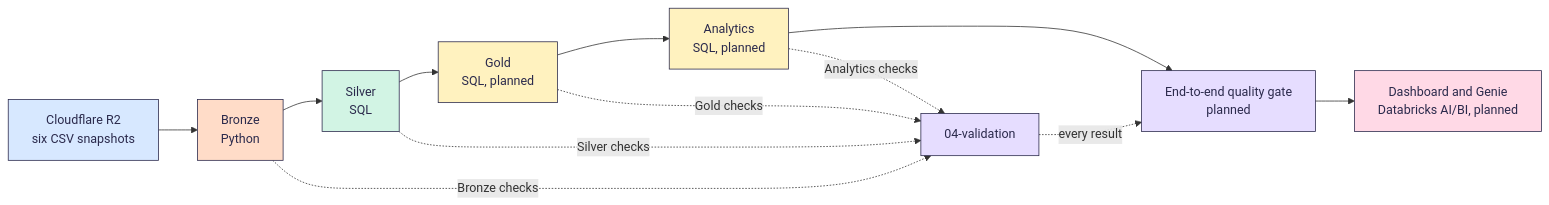
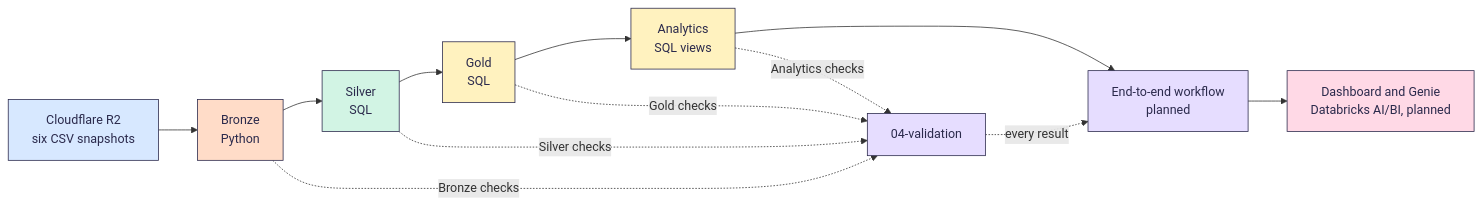
One commit to Buildabida/infra-project-monitoring changed the diagram in README.md. Above: the diagram before and after it, drawn with Mermaid. The commit also changed other lines of this file, not shown here.

First line of the commit message:
Bring the README up to date after the Gold merges

````diff
--- a/README.md
+++ b/README.md
@@ -53,20 +53,20 @@
 ```mermaid
 flowchart LR
     S["Cloudflare R2<br>six CSV snapshots"]:::src --> B["Bronze<br>Python"]:::bronze
     B --> SV["Silver<br>SQL"]:::silver
-    SV --> G["Gold<br>SQL, planned"]:::gold
-    G --> A["Analytics<br>SQL, planned"]:::gold
-    A --> Q["End-to-end quality gate<br>planned"]:::val
+    SV --> G["Gold<br>SQL"]:::gold
+    G --> A["Analytics<br>SQL views"]:::gold
+    A --> Q["End-to-end workflow<br>planned"]:::val
     Q --> D["Dashboard and Genie<br>Databricks AI/BI, planned"]:::dash
     B -. "Bronze checks" .-> V["04-validation"]:::val
     SV -. "Silver checks" .-> V
     G -. "Gold checks" .-> V
     A -. "Analytics checks" .-> V
     V -. "every result" .-> Q
     classDef src fill:#D7E8FF,stroke:#2B2A4C,color:#2B2A4C
     classDef bronze fill:#FFDCC8,stroke:#2B2A4C,color:#2B2A4C
     classDef silver fill:#D2F4E4,stroke:#2B2A4C,color:#2B2A4C
     classDef gold fill:#FFF2BF,stroke:#2B2A4C,color:#2B2A4C
     classDef val fill:#E6DDFF,stroke:#2B2A4C,color:#2B2A4C
     classDef dash fill:#FFD9E6,stroke:#2B2A4C,color:#2B2A4C
 ```
````
